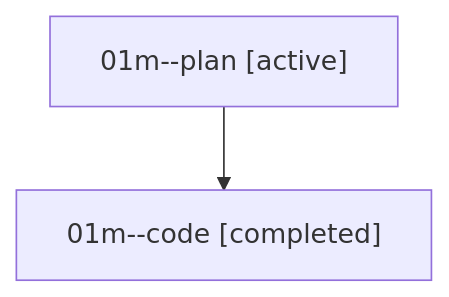
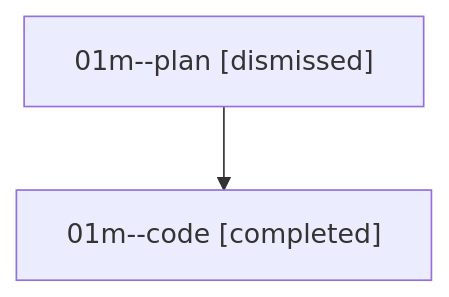
One commit to bobs-org/bob-cli--agents changed the diagram in sessions/bbugyi200.athena.01m.md. Above: the diagram before and after it, drawn with Mermaid. The commit also changed other lines of this file and 16 other files, not shown here.

````diff
--- a/sessions/bbugyi200.athena.01m.md
+++ b/sessions/bbugyi200.athena.01m.md
@@ -9,6 +9,6 @@
 ```mermaid
 flowchart TD
-  n0["01m--plan [active]"]
+  n0["01m--plan [dismissed]"]
   n1["01m--code [completed]"]
   n0 --> n1
 ```
````
